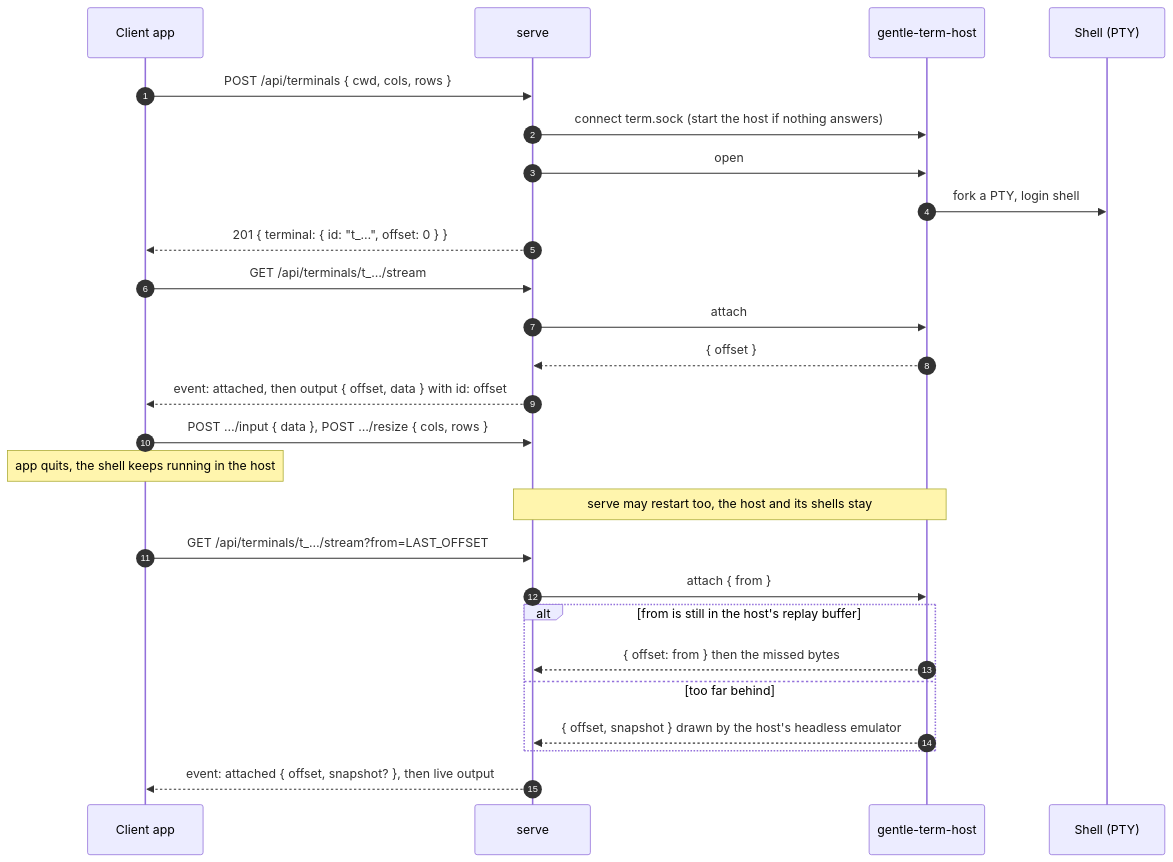
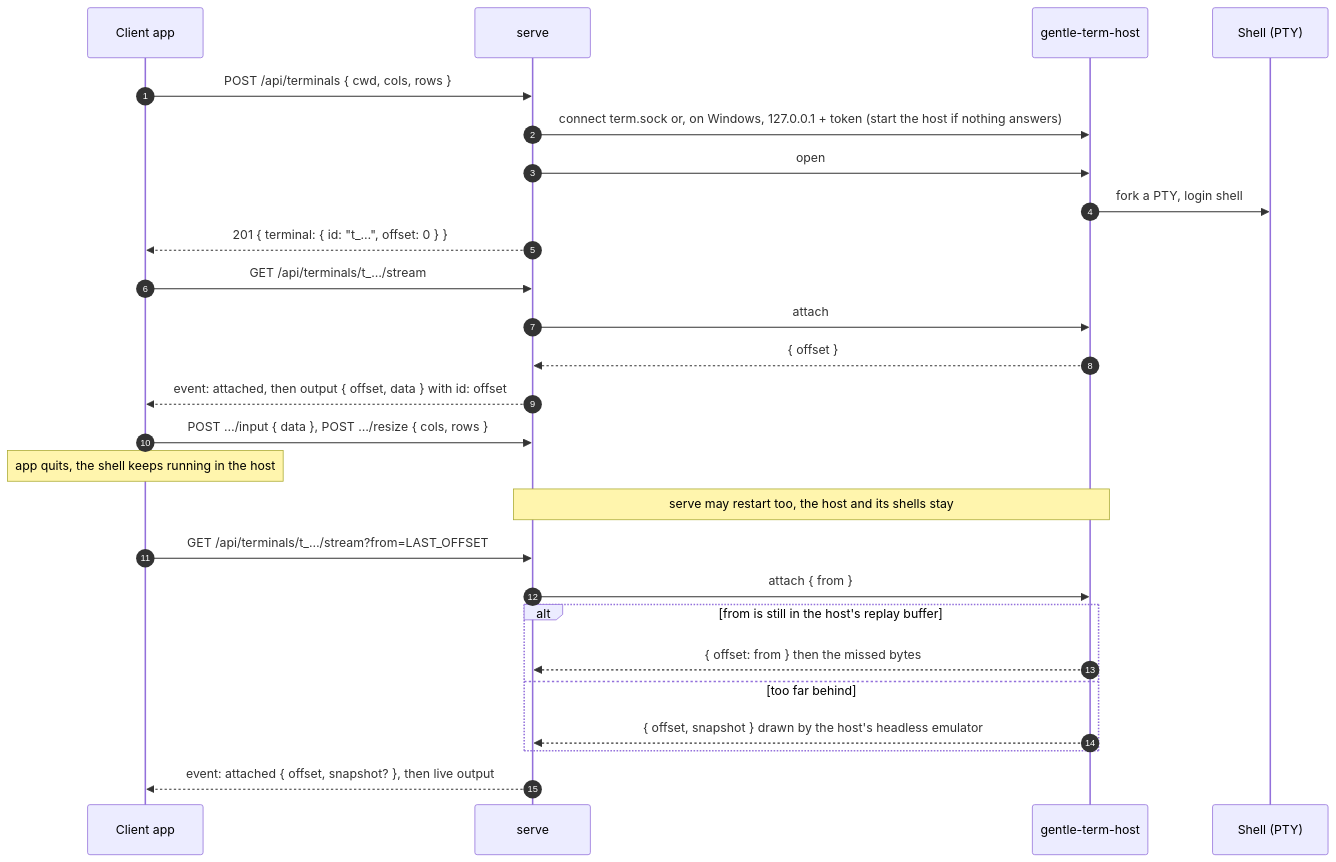
The sixth of 6 diagrams in docs/remote.md (Gentleman-Programming/gentle-shell), drawn with Mermaid before and after one commit. The commit also changed other lines of this file and 4 other files, not shown here.

First line of the commit message:
feat(serve): term host over TCP on Windows

````diff
--- a/docs/remote.md
+++ b/docs/remote.md
@@ -208,28 +208,28 @@
 ```mermaid
 sequenceDiagram
     autonumber
     participant App as Client app
     participant S as serve
     participant H as gentle-term-host
     participant Sh as Shell (PTY)
     App->>S: POST /api/terminals { cwd, cols, rows }
-    S->>H: connect term.sock (start the host if nothing answers)
+    S->>H: connect term.sock or, on Windows, 127.0.0.1 + token (start the host if nothing answers)
     S->>H: open
     H->>Sh: fork a PTY, login shell
     S-->>App: 201 { terminal: { id: "t_…", offset: 0 } }
     App->>S: GET /api/terminals/t_…/stream
     S->>H: attach
     H-->>S: { offset }
     S-->>App: event: attached, then output { offset, data } with id: offset
     App->>S: POST …/input { data }, POST …/resize { cols, rows }
     Note over App: app quits, the shell keeps running in the host
     Note over S,H: serve may restart too, the host and its shells stay
     App->>S: GET /api/terminals/t_…/stream?from=LAST_OFFSET
     S->>H: attach { from }
     alt from is still in the host's replay buffer
         H-->>S: { offset: from } then the missed bytes
     else too far behind
         H-->>S: { offset, snapshot } drawn by the host's headless emulator
     end
     S-->>App: event: attached { offset, snapshot? }, then live output
 ```
````
